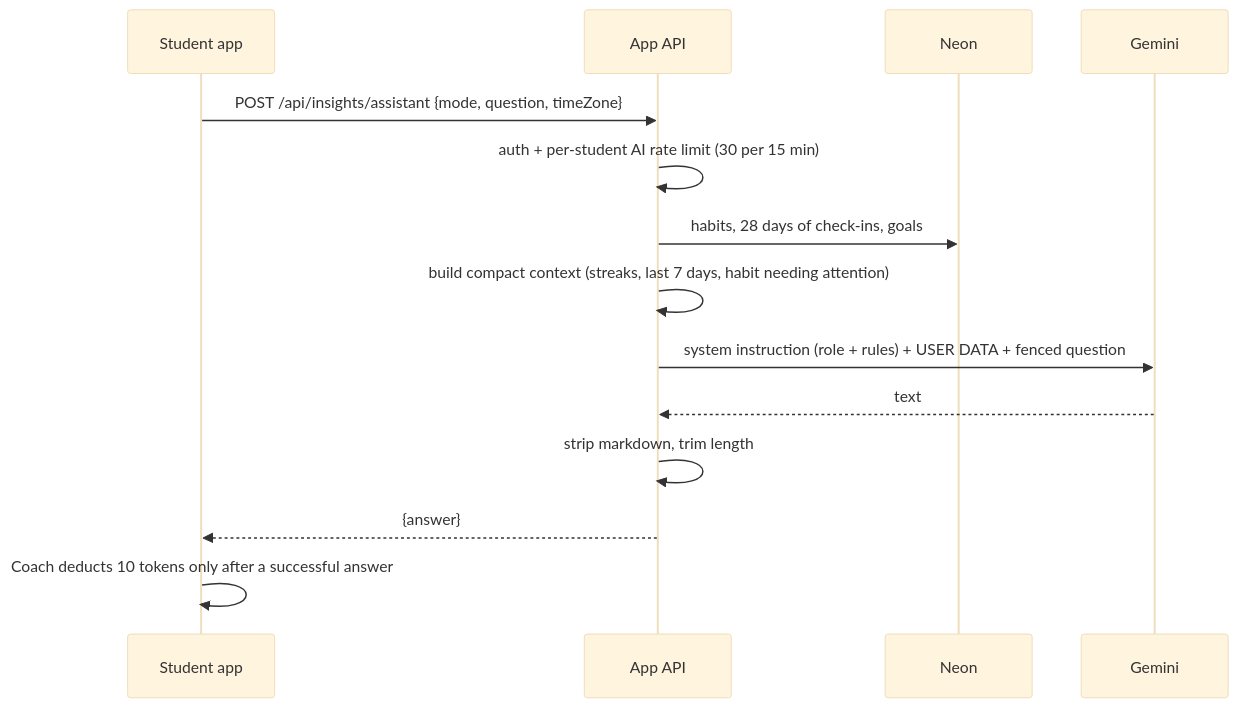
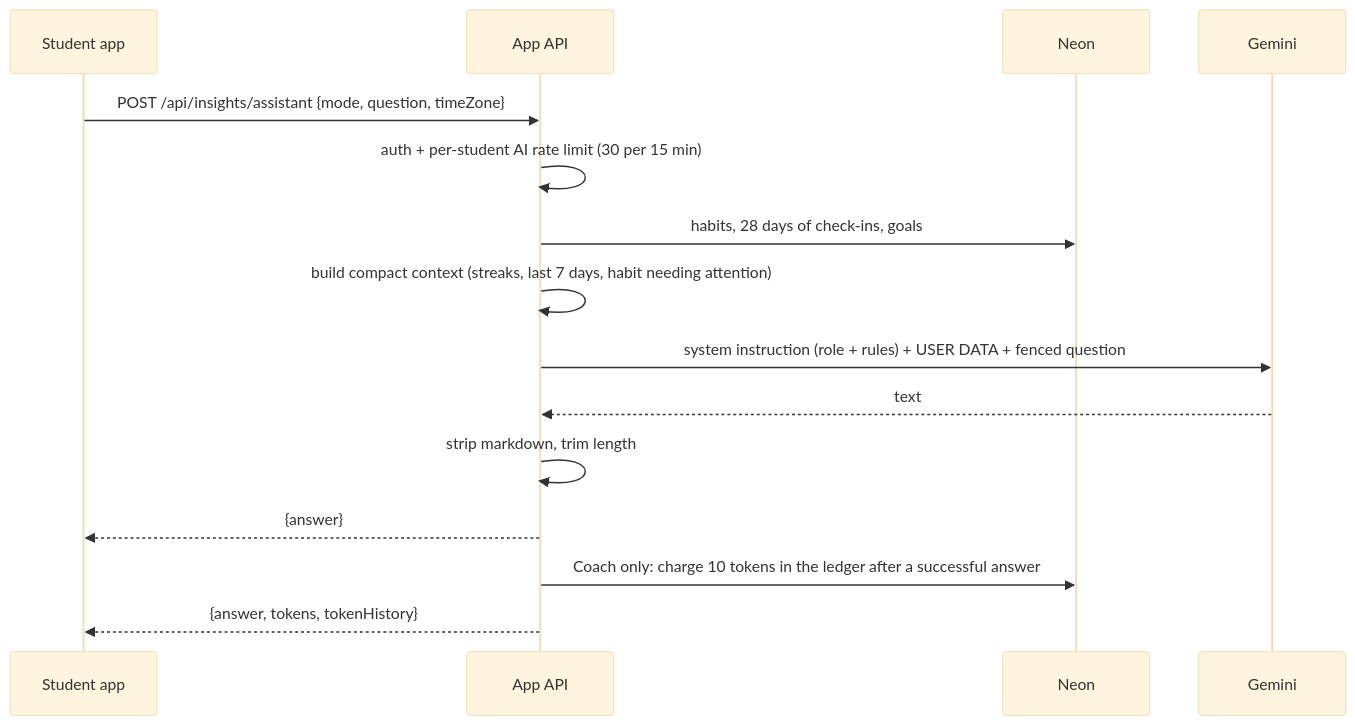
One commit to nathecruz/Capstone-Project changed the eighth of 9 diagrams in ARCHITECTURE.md. Above: the diagram before and after it, drawn with Mermaid (base theme). The commit also changed other lines of this file and 63 other files, not shown here.

````diff
--- a/ARCHITECTURE.md
+++ b/ARCHITECTURE.md
@@ -224,16 +259,17 @@
 ```mermaid
 sequenceDiagram
   participant A as Student app
   participant API as App API
   participant DB as Neon
   participant G as Gemini
   A->>API: POST /api/insights/assistant {mode, question, timeZone}
   API->>API: auth + per-student AI rate limit (30 per 15 min)
   API->>DB: habits, 28 days of check-ins, goals
   API->>API: build compact context (streaks, last 7 days, habit needing attention)
   API->>G: system instruction (role + rules) + USER DATA + fenced question
   G-->>API: text
   API->>API: strip markdown, trim length
   API-->>A: {answer}
-  A->>A: Coach deducts 10 tokens only after a successful answer
+  API->>DB: Coach only: charge 10 tokens in the ledger after a successful answer
+  API-->>A: {answer, tokens, tokenHistory}
 ```
````
